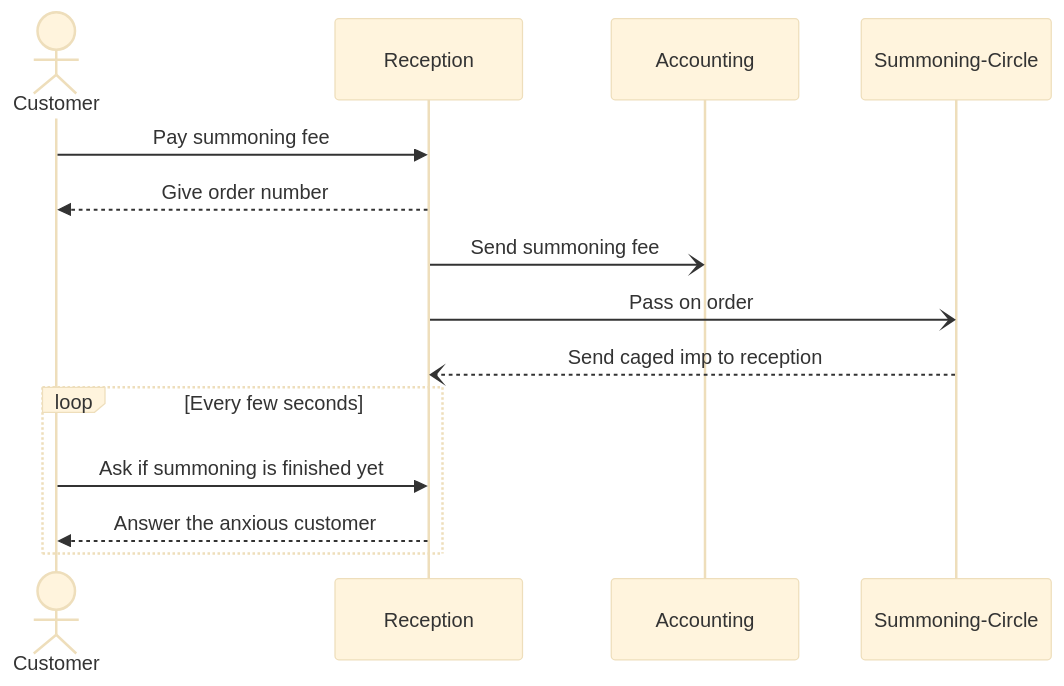
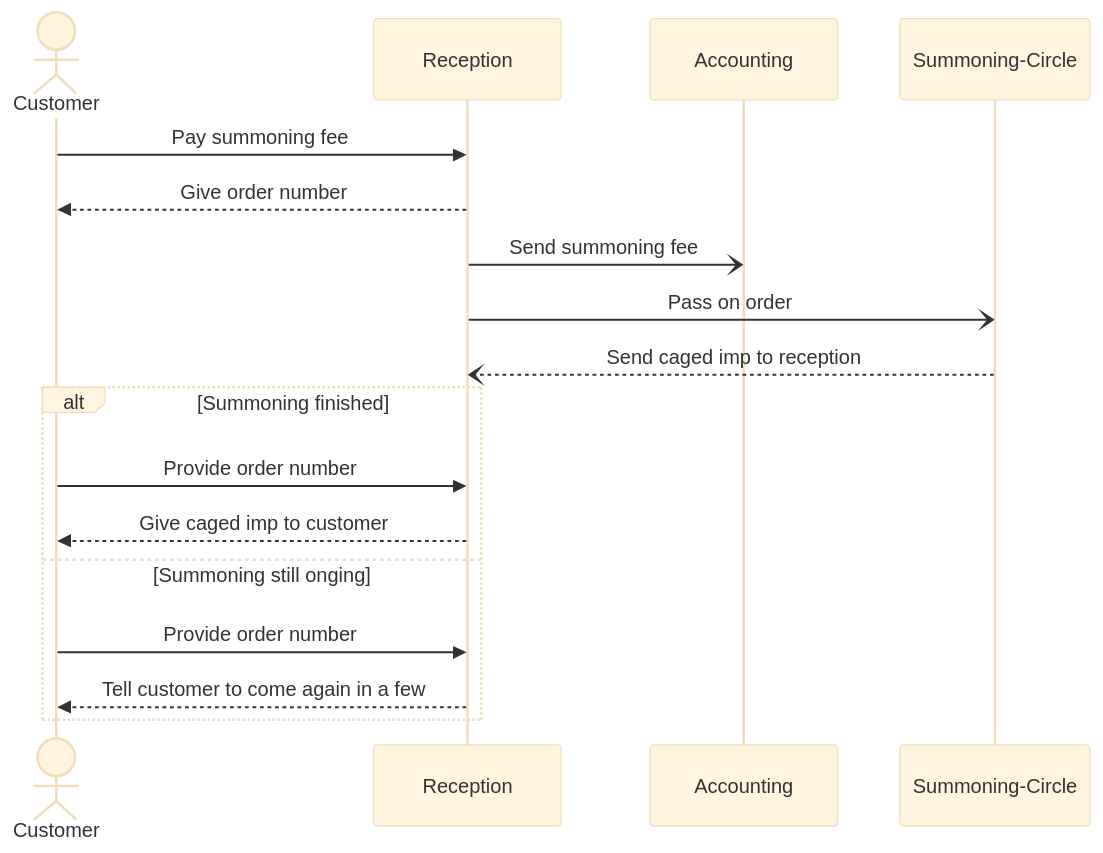
The first of 2 diagrams in README.md (ojtanner/bartholomews-impery), drawn with Mermaid (base theme) before and after one commit. The commit also changed other lines of this file, not shown here.

````diff
--- a/README.md
+++ b/README.md
@@ -26,16 +26,19 @@
 ```mermaid
 sequenceDiagram
     actor C as Customer
     participant R as Reception
     participant A as Accounting
     participant S as Summoning-Circle
     C->>R: Pay summoning fee
     R-->>C: Give order number
     R-)A: Send summoning fee
     R-)S: Pass on order
     S--)R: Send caged imp to reception
-    loop Every few seconds
-        C->>R: Ask if summoning is finished yet
-        R-->>C: Answer the anxious customer
+    alt Summoning finished
+        C->>R: Provide order number
+        R-->>C: Give caged imp to customer
+    else Summoning still onging
+        C->>R: Provide order number
+        R-->>C: Tell customer to come again in a few
     end
 ```
````
